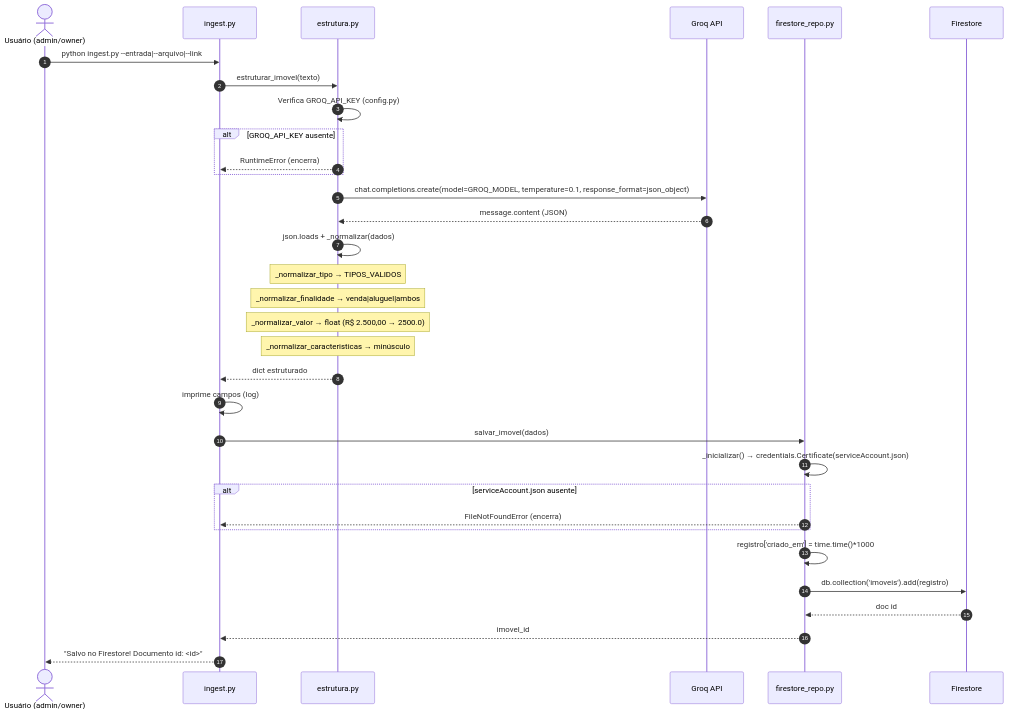
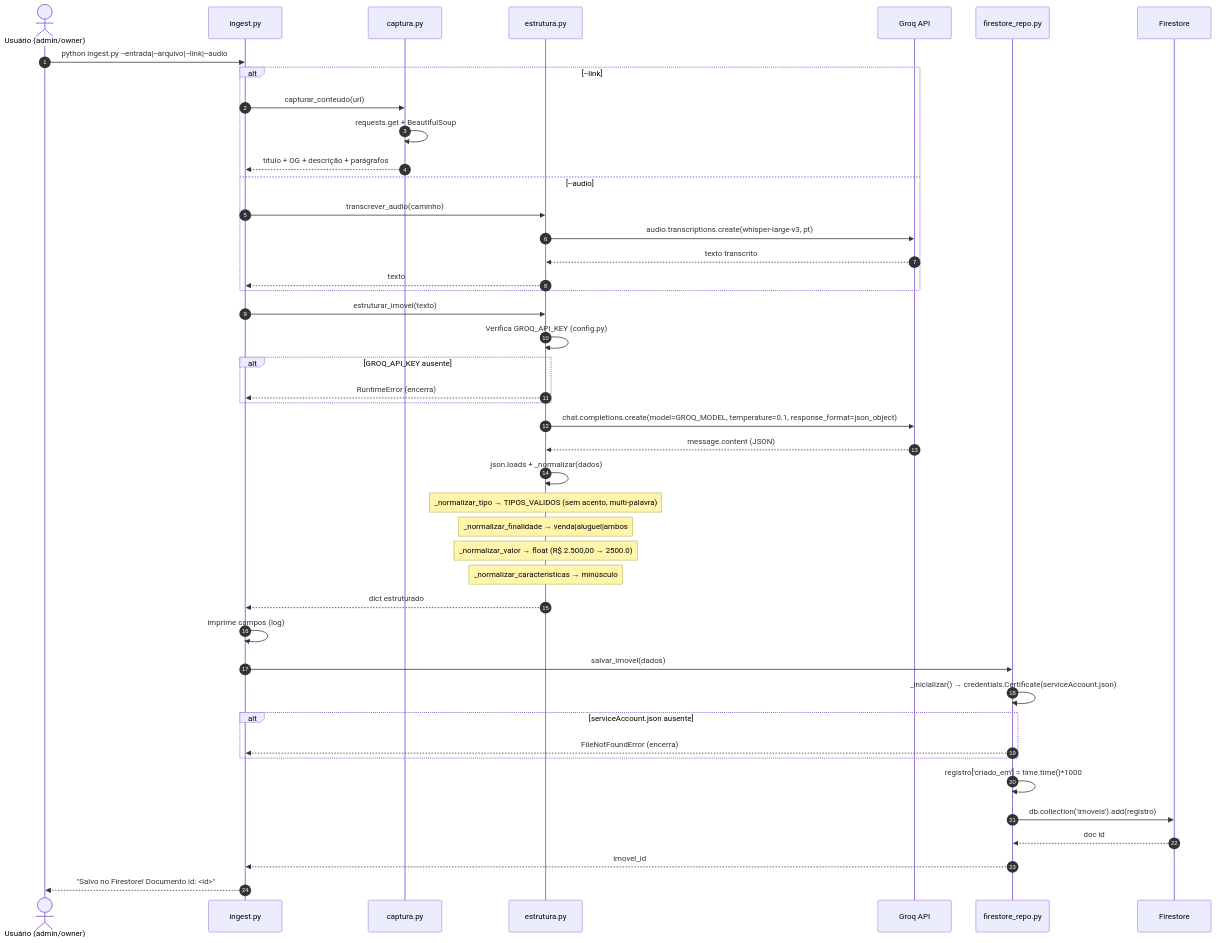
The first of 3 diagrams in docs/diagrams/03-ingestao-workflow.md (renato0503/ImobIA), drawn with Mermaid before and after one commit. The commit also changed other lines of this file and 15 other files, not shown here.

````diff
--- a/docs/diagrams/03-ingestao-workflow.md
+++ b/docs/diagrams/03-ingestao-workflow.md
@@ -8,36 +9,47 @@
 ```mermaid
 sequenceDiagram
   autonumber
   actor U as Usuário (admin/owner)
   participant CLI as ingest.py
+  participant C as captura.py
   participant E as estrutura.py
   participant G as Groq API
   participant R as firestore_repo.py
   participant F as Firestore
 
-  U->>CLI: python ingest.py --entrada|--arquivo|--link
+  U->>CLI: python ingest.py --entrada|--arquivo|--link|--audio
+  alt --link
+    CLI->>C: capturar_conteudo(url)
+    C->>C: requests.get + BeautifulSoup
+    C-->>CLI: título + OG + descrição + parágrafos
+  else --audio
+    CLI->>E: transcrever_audio(caminho)
+    E->>G: audio.transcriptions.create(whisper-large-v3, pt)
+    G-->>E: texto transcrito
+    E-->>CLI: texto
+  end
   CLI->>E: estruturar_imovel(texto)
   E->>E: Verifica GROQ_API_KEY (config.py)
   alt GROQ_API_KEY ausente
     E-->>CLI: RuntimeError (encerra)
   end
   E->>G: chat.completions.create(model=GROQ_MODEL, temperature=0.1, response_format=json_object)
   G-->>E: message.content (JSON)
   E->>E: json.loads + _normalizar(dados)
-  Note over E: _normalizar_tipo → TIPOS_VALIDOS
+  Note over E: _normalizar_tipo → TIPOS_VALIDOS (sem acento, multi-palavra)
   Note over E: _normalizar_finalidade → venda|aluguel|ambos
   Note over E: _normalizar_valor → float (R$ 2.500,00 → 2500.0)
   Note over E: _normalizar_caracteristicas → minúsculo
   E-->>CLI: dict estruturado
   CLI->>CLI: imprime campos (log)
   CLI->>R: salvar_imovel(dados)
   R->>R: _inicializar() → credentials.Certificate(serviceAccount.json)
   alt serviceAccount.json ausente
     R-->>CLI: FileNotFoundError (encerra)
   end
   R->>R: registro['criado_em'] = time.time()*1000
   R->>F: db.collection('imoveis').add(registro)
   F-->>R: doc id
   R-->>CLI: imovel_id
   CLI-->>U: "Salvo no Firestore! Documento id: <id>"
 ```
````
